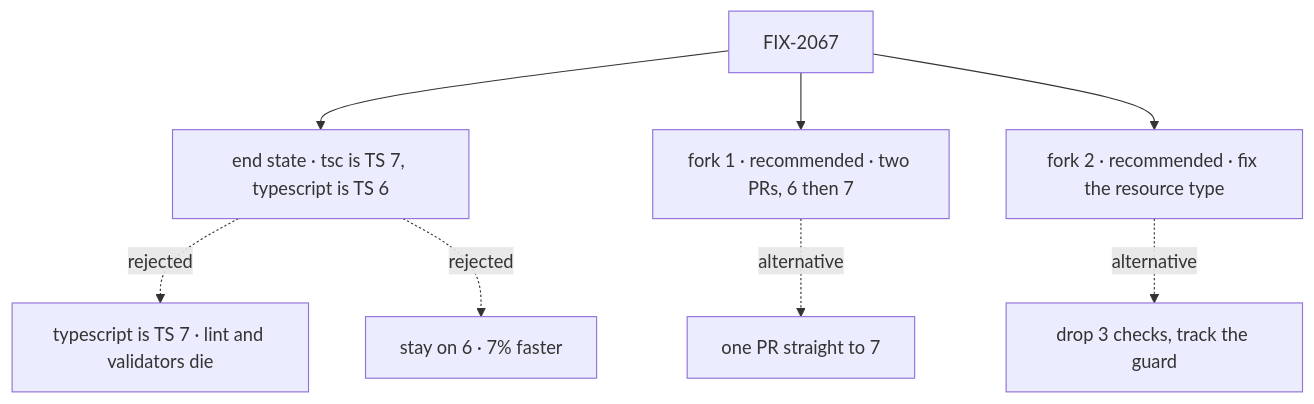
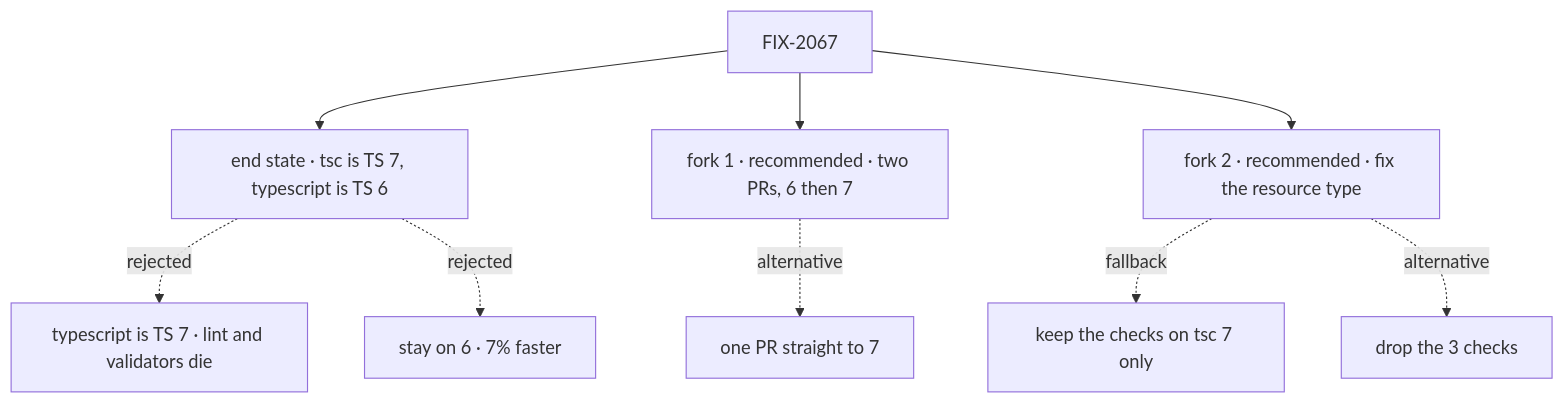
The diagram in specs/issues/FIX-2067/DECISIONS.md (fixpoint-labs/flow-state-dev), drawn with Mermaid before and after one commit. The commit also changed other lines of this file and 5 other files, not shown here.

````diff
--- a/specs/issues/FIX-2067/DECISIONS.md
+++ b/specs/issues/FIX-2067/DECISIONS.md
@@ -10,10 +10,11 @@
 ```mermaid
 flowchart TD
   I["FIX-2067"] --> E["end state · tsc is TS 7, typescript is TS 6"]
   E -.->|"rejected"| X1["typescript is TS 7 · lint and validators die"]
   E -.->|"rejected"| X2["stay on 6 · 7% faster"]
   I --> O1["fork 1 · recommended · two PRs, 6 then 7"]
   O1 -.->|"alternative"| Y1["one PR straight to 7"]
   I --> O2["fork 2 · recommended · fix the resource type"]
-  O2 -.->|"alternative"| Y2["drop 3 checks, track the guard"]
+  O2 -.->|"fallback"| Y3["keep the checks on tsc 7 only"]
+  O2 -.->|"alternative"| Y2["drop the 3 checks"]
 ```
````
